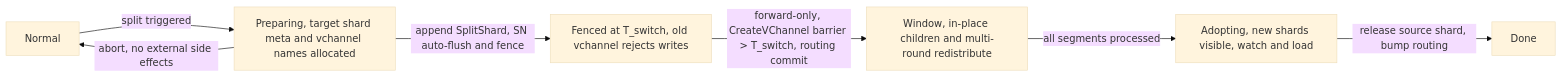
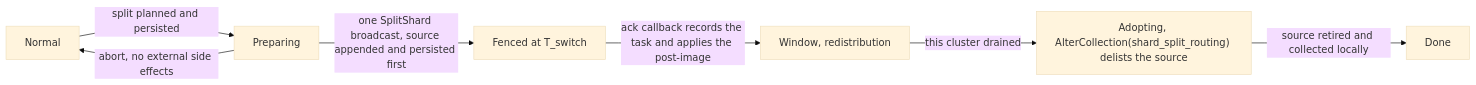
Before and after one commit to milvus-io/milvus: the first of 4 diagrams in docs/design-docs/design_docs/20260610-shard_split.md, drawn with Mermaid (base theme). The commit also changed other lines of this file and 6 other files, not shown here.

First line of the commit message:
doc: describe the replicated shard split write switch

````diff
--- a/docs/design-docs/design_docs/20260610-shard_split.md
+++ b/docs/design-docs/design_docs/20260610-shard_split.md
@@ -248,9 +373,9 @@
 ```mermaid
 flowchart LR
-    IDLE["Normal"] -->|"split triggered"| PREP["Preparing, target shard meta and vchannel names allocated"]
+    IDLE["Normal"] -->|"split planned and persisted"| PREP["Preparing"]
     PREP -->|"abort, no external side effects"| IDLE
-    PREP -->|"append SplitShard, SN auto-flush and fence"| FENCE["Fenced at T_switch, old vchannel rejects writes"]
-    FENCE -->|"forward-only, CreateVChannel barrier > T_switch, routing commit"| WIN["Window, in-place children and multi-round redistribute"]
-    WIN -->|"all segments processed"| ADOPT["Adopting, new shards visible, watch and load"]
-    ADOPT -->|"release source shard, bump routing"| DONE["Done"]
+    PREP -->|"one SplitShard broadcast, source appended and persisted first"| FENCE["Fenced at T_switch"]
+    FENCE -->|"ack callback records the task and applies the post-image"| WIN["Window, redistribution"]
+    WIN -->|"this cluster drained"| ADOPT["Adopting, AlterCollection(shard_split_routing) delists the source"]
+    ADOPT -->|"source retired and collected locally"| DONE["Done"]
 ```
````
